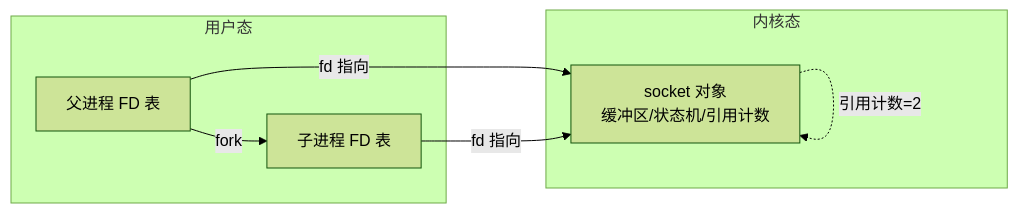
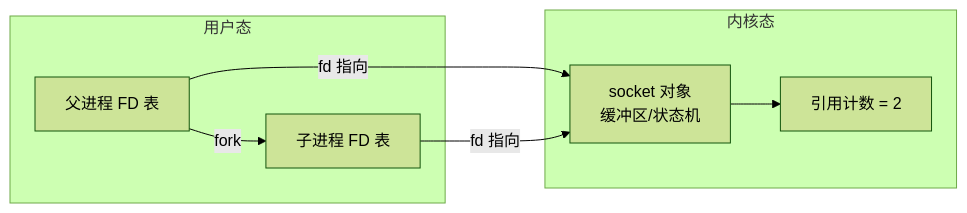
One commit to rongyilin87/network101 changed the diagram in contents/3 传输层数据流动内幕/3.1 socket到底是什么/3.1.2 sock如何实现继承.md. Above: the diagram before and after it, drawn with Mermaid (forest theme). The commit also changed 4 other files, not shown here.

Commit message:
修复传输层章节示例与Mermaid语法

````diff
--- a/contents/3 传输层数据流动内幕/3.1 socket到底是什么/3.1.2 sock如何实现继承.md
+++ b/contents/3 传输层数据流动内幕/3.1 socket到底是什么/3.1.2 sock如何实现继承.md
@@ -16,14 +16,15 @@
 ```mermaid
 flowchart LR
-    subgraph 用户态
+    subgraph "用户态"
         parent_fd[父进程 FD 表]
         child_fd[子进程 FD 表]
     end
-    subgraph 内核态
-        kernel_sock[socket 对象\n缓冲区/状态机/引用计数]
+    subgraph "内核态"
+        kernel_sock[socket 对象\n缓冲区/状态机]
+        refcnt[引用计数 = 2]
     end
     parent_fd -- fork --> child_fd
     parent_fd -- fd 指向 --> kernel_sock
     child_fd -- fd 指向 --> kernel_sock
-    kernel_sock -. 引用计数=2 .-> kernel_sock
+    kernel_sock --> refcnt
 ```
````
